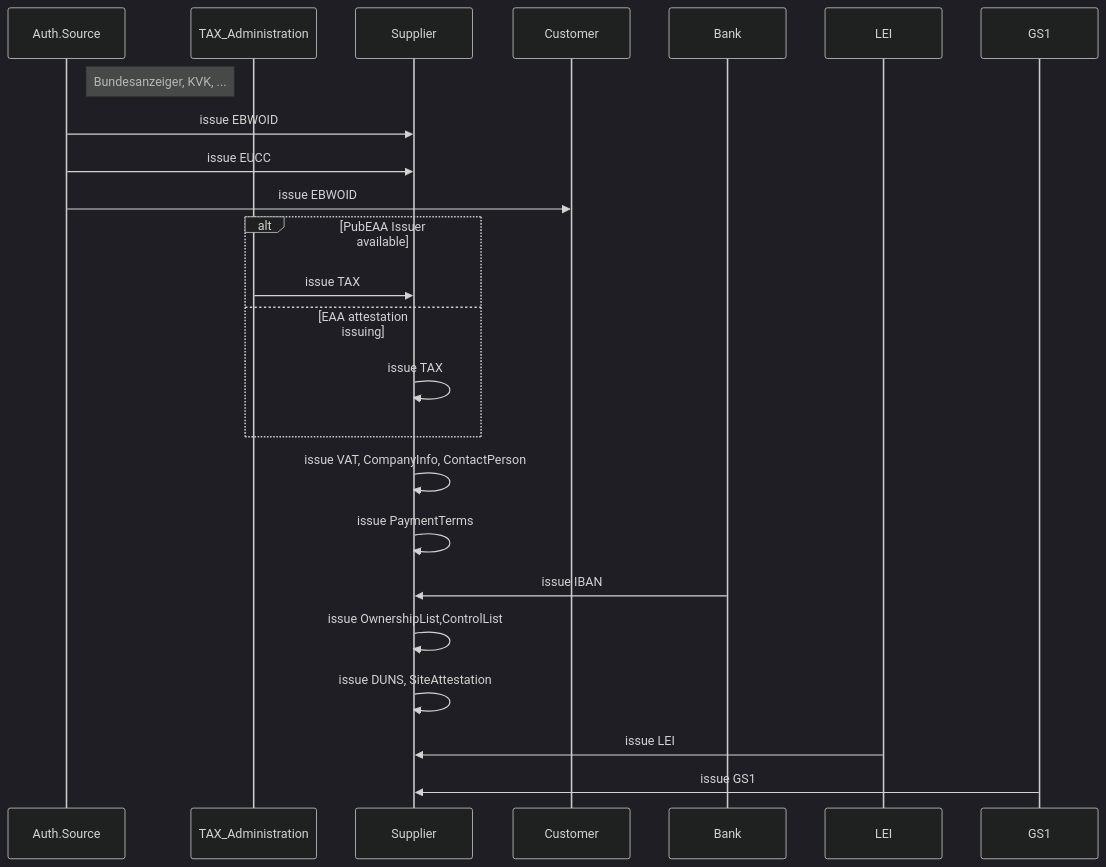
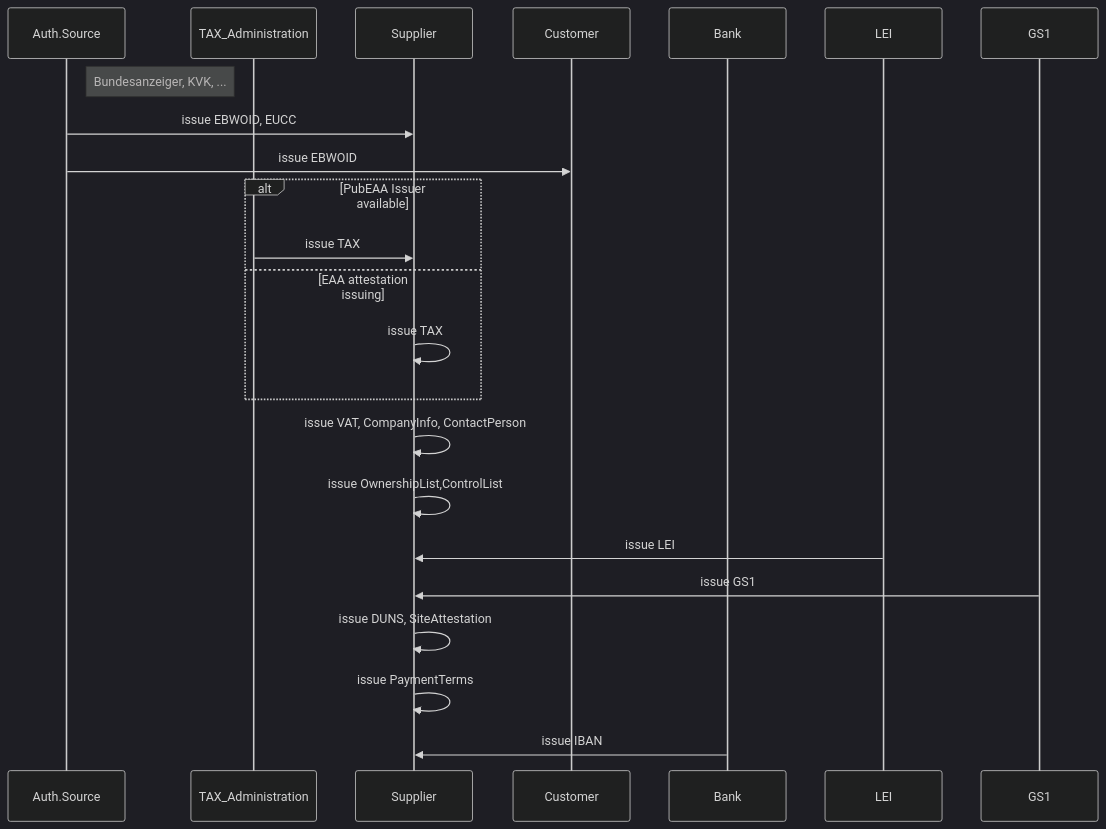
One commit to DominicHurni/wp3-technology-standards changed the first of 9 diagrams in BU1/BU1_KYS.md. Above: the diagram before and after it, drawn with Mermaid (dark theme). The commit also changed 1 other file, not shown here.

Commit message:
PA3 changes

````diff
--- a/BU1/BU1_KYS.md
+++ b/BU1/BU1_KYS.md
@@ -21,31 +21,31 @@
 ```mermaid
 sequenceDiagram
     participant Auth.Source 
     note right of Auth.Source : Bundesanzeiger, KVK, ...
     participant TAX_Administration 
     participant Supplier
     participant Customer 
     participant Bank
     
-    Auth.Source ->> Supplier : issue EBWOID  
-    Auth.Source ->> Supplier : issue EUCC
+    Auth.Source ->> Supplier : issue EBWOID, EUCC 
     Auth.Source ->> Customer : issue EBWOID
     
     alt PubEAA Issuer available
         TAX_Administration ->> Supplier : issue TAX
     else EAA attestation issuing
         Supplier ->> Supplier: issue TAX
     end
+    Supplier ->> Supplier: issue VAT, CompanyInfo,  ContactPerson
     
-    Supplier ->> Supplier: issue VAT, CompanyInfo,  ContactPerson
-    Supplier ->> Supplier: issue PaymentTerms  
-    Bank ->> Supplier: issue IBAN 
-    Supplier ->> Supplier: issue OwnershipList,ControlList
+    Supplier ->> Supplier: issue OwnershipList,ControlList    
     
-    Supplier ->> Supplier: issue DUNS, SiteAttestation
     participant LEI      
     LEI ->> Supplier: issue LEI 
     participant GS1
     GS1 ->> Supplier: issue GS1 
+    Supplier ->> Supplier: issue DUNS, SiteAttestation
+
+    Supplier ->> Supplier: issue PaymentTerms  
+    Bank ->> Supplier: issue IBAN 
     
 ```
````
